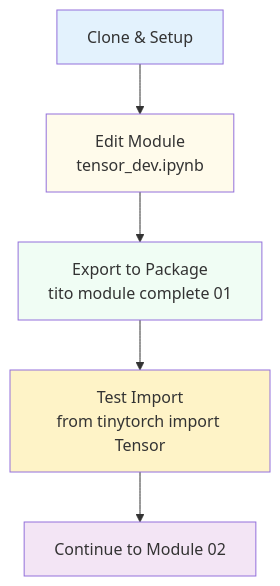
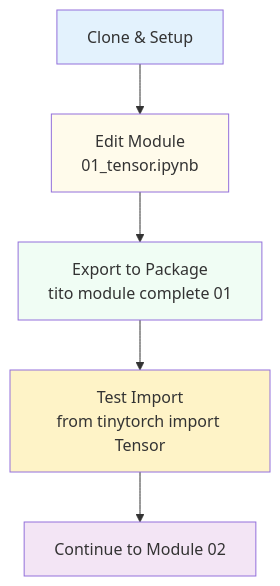
Before and after one commit to MLSysBook/TinyTorch: the diagram in site/quickstart-guide.md, drawn with Mermaid. The commit also changed 6 other files, not shown here.

````diff
--- a/site/quickstart-guide.md
+++ b/site/quickstart-guide.md
@@ -85,13 +85,13 @@
 ```{mermaid}
 graph TD
-    Start[Clone & Setup] --> Edit[Edit Module<br/>tensor_dev.ipynb]
+    Start[Clone & Setup] --> Edit[Edit Module<br/>01_tensor.ipynb]
     Edit --> Export[Export to Package<br/>tito module complete 01]
     Export --> Test[Test Import<br/>from tinytorch import Tensor]
     Test --> Next[Continue to Module 02]
 
     style Start fill:#e3f2fd
     style Edit fill:#fffbeb
     style Export fill:#f0fdf4
     style Test fill:#fef3c7
     style Next fill:#f3e5f5
 ```
````
